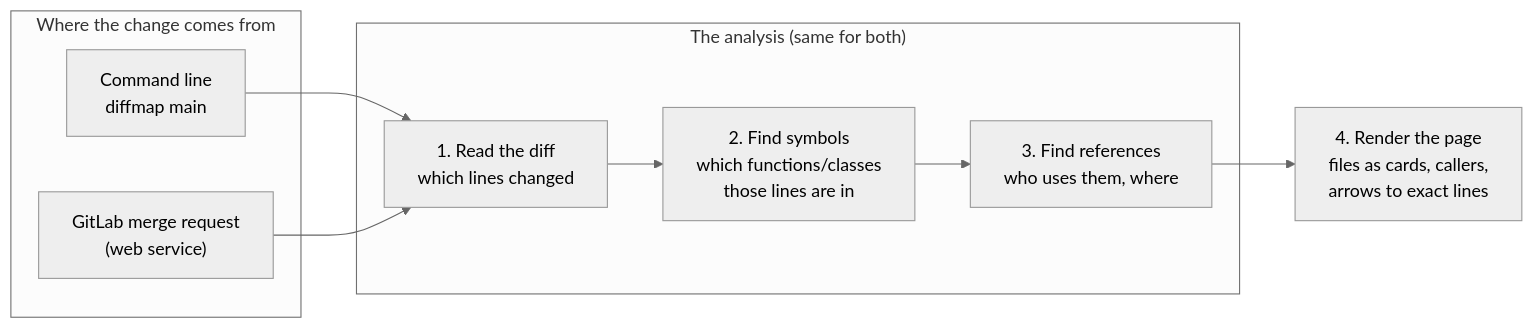
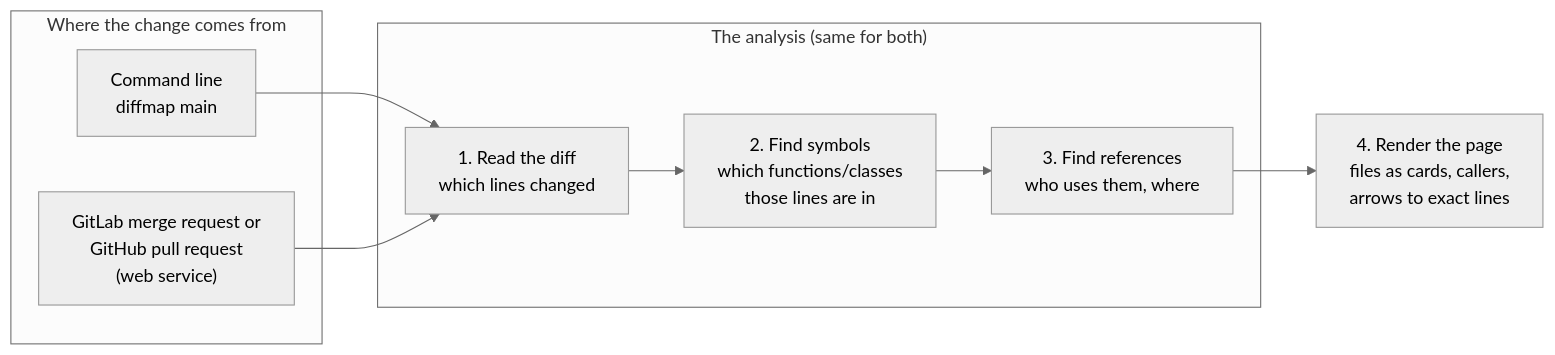
Before and after one commit to cyberfixer/diffmap: the first of 7 diagrams in ARCHITECTURE.md, drawn with Mermaid (neutral theme). The commit also changed other lines of this file and 7 other files, not shown here.

````diff
--- a/ARCHITECTURE.md
+++ b/ARCHITECTURE.md
@@ -11,19 +11,19 @@
 ```mermaid
 flowchart LR
   subgraph in["Where the change comes from"]
     CLI["Command line<br/>diffmap main"]
-    MR["GitLab merge request<br/>(web service)"]
+    MR["GitLab merge request or<br/>GitHub pull request<br/>(web service)"]
   end
 
   subgraph core["The analysis (same for both)"]
     DIFF["1. Read the diff<br/>which lines changed"]
     SYM["2. Find symbols<br/>which functions/classes<br/>those lines are in"]
     GRAPH["3. Find references<br/>who uses them, where"]
   end
 
   PAGE["4. Render the page<br/>files as cards, callers,<br/>arrows to exact lines"]
 
   CLI --> DIFF
   MR --> DIFF
   DIFF --> SYM --> GRAPH --> PAGE
 ```
````
